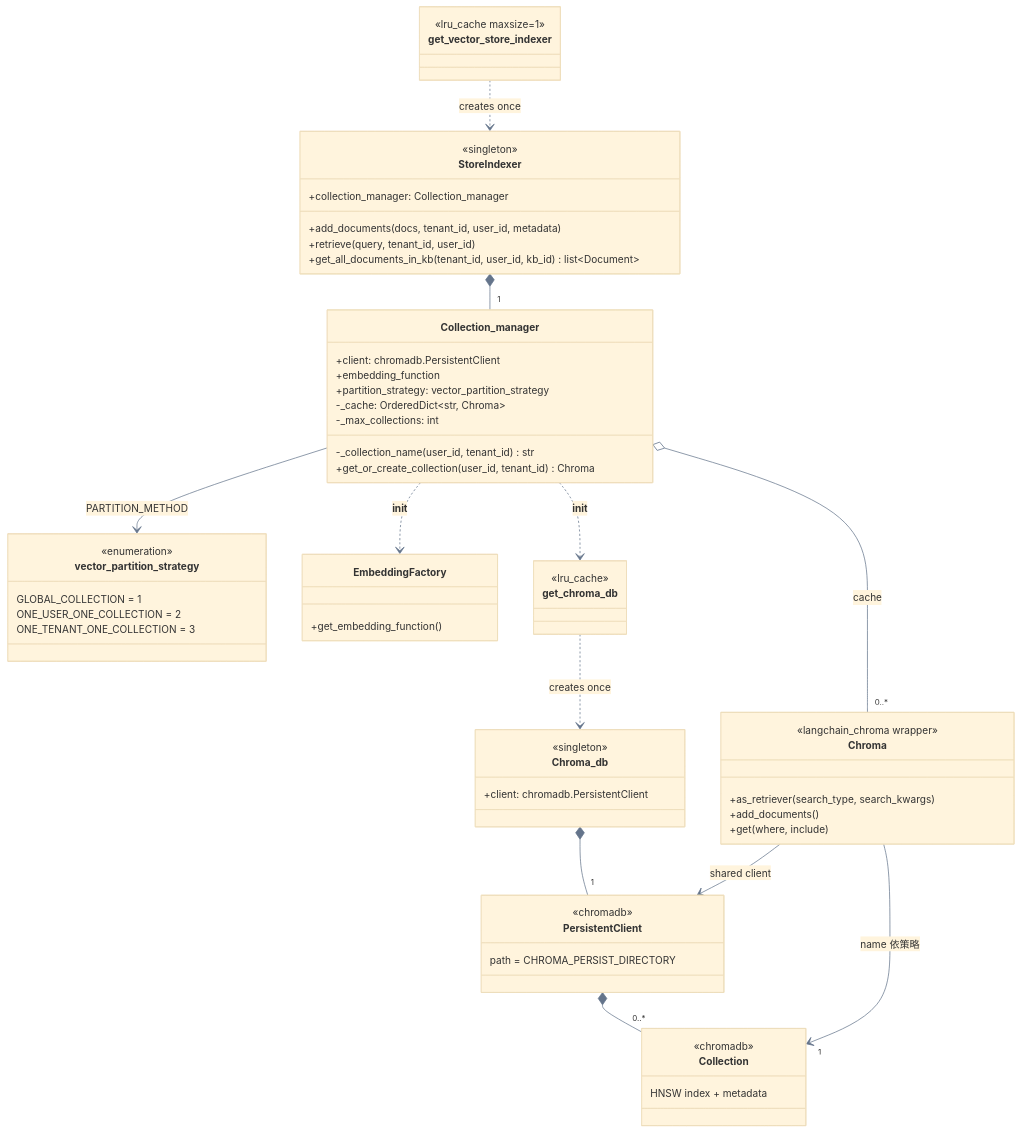
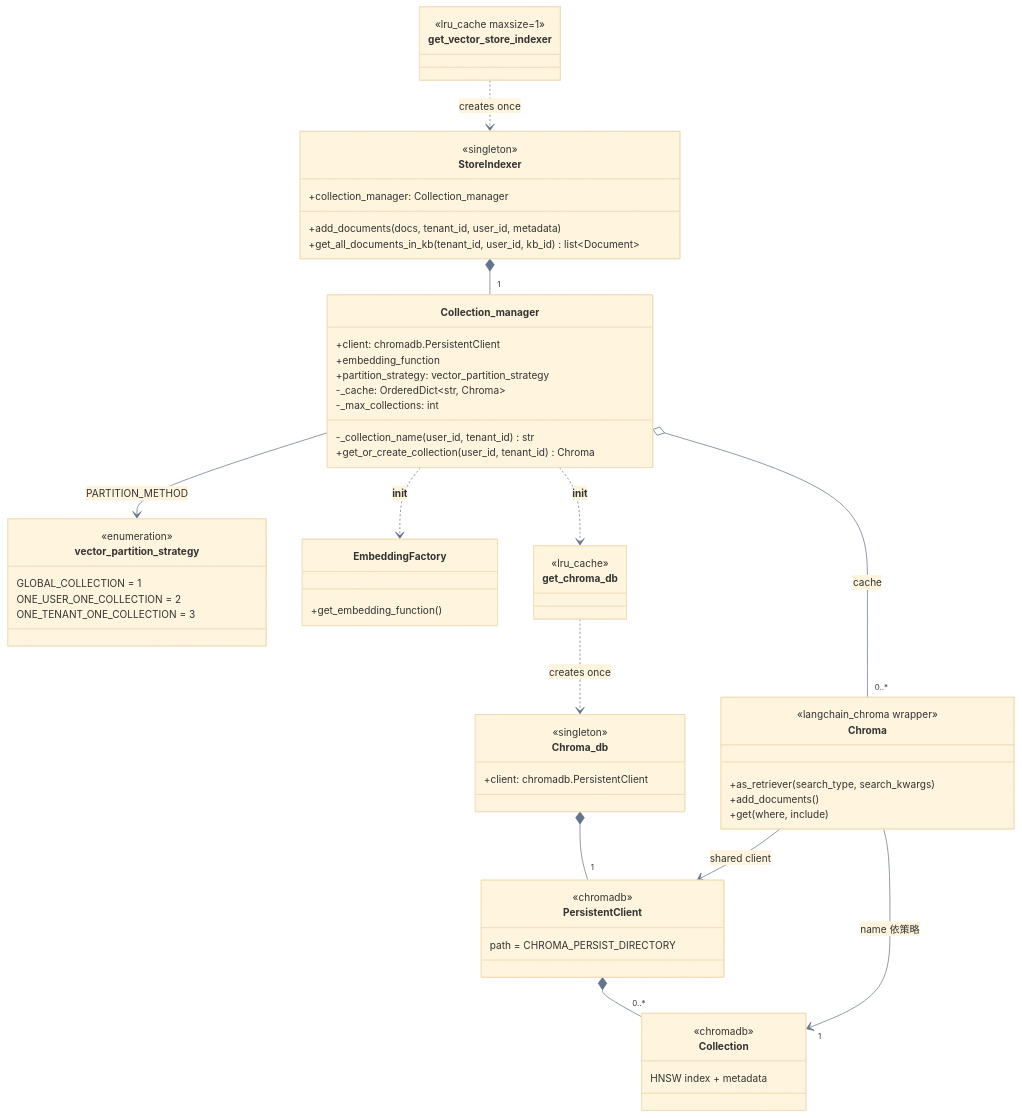
One commit to jltz1207/LoginFastapi changed the fourth of 9 diagrams in docs/vectorstore/vectorstore-retriever-structure-20261009.md. Above: the diagram before and after it, drawn with Mermaid. The commit also changed other lines of this file and 4 other files, not shown here.

````diff
--- a/docs/vectorstore/vectorstore-retriever-structure-20261009.md
+++ b/docs/vectorstore/vectorstore-retriever-structure-20261009.md
@@ -99,67 +98,66 @@
 ```mermaid
 %%{init: {'theme': 'base', 'themeVariables': {'fontSize': '14px', 'lineColor': '#64748b'}}}%%
 classDiagram
     direction TB
 
     class get_vector_store_indexer {
         <<lru_cache maxsize=1>>
     }
     class get_chroma_db {
         <<lru_cache>>
     }
     class StoreIndexer {
         <<singleton>>
         +collection_manager: Collection_manager
         +add_documents(docs, tenant_id, user_id, metadata)
-        +retrieve(query, tenant_id, user_id)
         +get_all_documents_in_kb(tenant_id, user_id, kb_id) list~Document~
     }
     class Collection_manager {
         +client: chromadb.PersistentClient
         +embedding_function
         +partition_strategy: vector_partition_strategy
         -_cache: OrderedDict~str, Chroma~
         -_max_collections: int
         -_collection_name(user_id, tenant_id) str
         +get_or_create_collection(user_id, tenant_id) Chroma
     }
     class vector_partition_strategy {
         <<enumeration>>
         GLOBAL_COLLECTION = 1
         ONE_USER_ONE_COLLECTION = 2
         ONE_TENANT_ONE_COLLECTION = 3
     }
     class Chroma_db {
         <<singleton>>
         +client: chromadb.PersistentClient
     }
     class PersistentClient {
         <<chromadb>>
         path = CHROMA_PERSIST_DIRECTORY
     }
     class Chroma {
         <<langchain_chroma wrapper>>
         +as_retriever(search_type, search_kwargs)
         +add_documents()
         +get(where, include)
     }
     class Collection {
         <<chromadb>>
         HNSW index + metadata
     }
     class EmbeddingFactory {
         +get_embedding_function()
     }
 
     get_vector_store_indexer ..> StoreIndexer : creates once
     StoreIndexer *-- "1" Collection_manager
     Collection_manager --> vector_partition_strategy : PARTITION_METHOD
     Collection_manager ..> EmbeddingFactory : __init__
     Collection_manager ..> get_chroma_db : __init__
     get_chroma_db ..> Chroma_db : creates once
     Chroma_db *-- "1" PersistentClient
     Collection_manager o-- "0..*" Chroma : cache
     Chroma --> PersistentClient : shared client
     Chroma --> "1" Collection : name 依策略
     PersistentClient *-- "0..*" Collection
 ```
````
